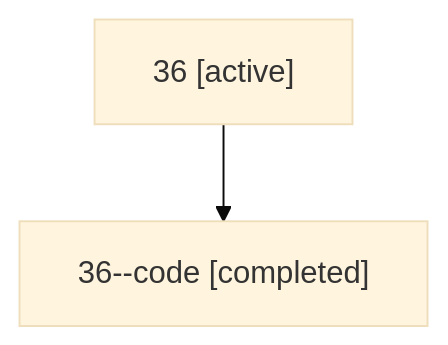
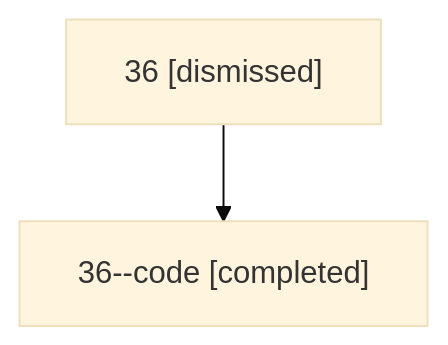
Before and after one commit to sase-org/sase--agents: the diagram in sessions/bbugyi200.athena.36.md, drawn with Mermaid (base theme). The commit also changed other lines of this file and 26 other files, not shown here.

````diff
--- a/sessions/bbugyi200.athena.36.md
+++ b/sessions/bbugyi200.athena.36.md
@@ -9,6 +9,6 @@
 ```mermaid
 flowchart TD
-  n0["36 [active]"]
+  n0["36 [dismissed]"]
   n1["36--code [completed]"]
   n0 --> n1
 ```
````
